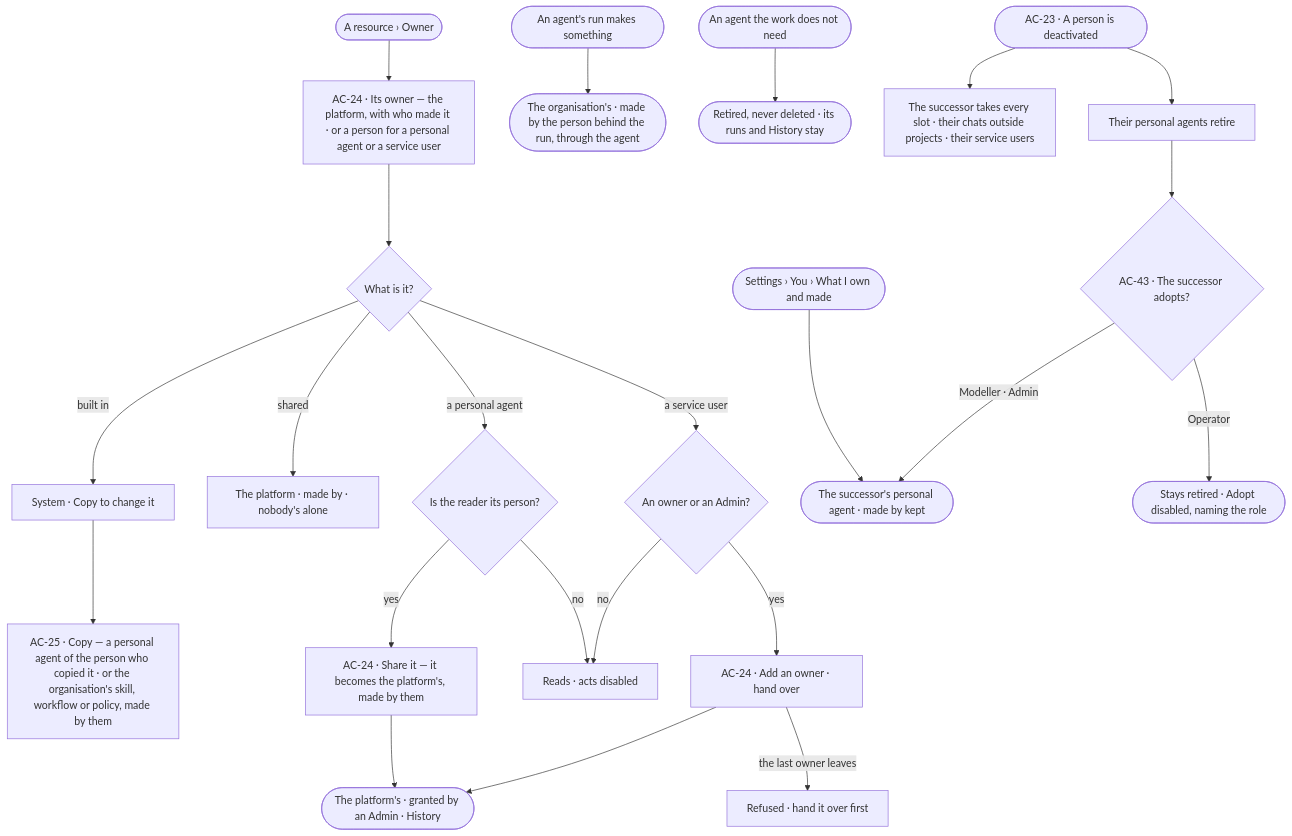
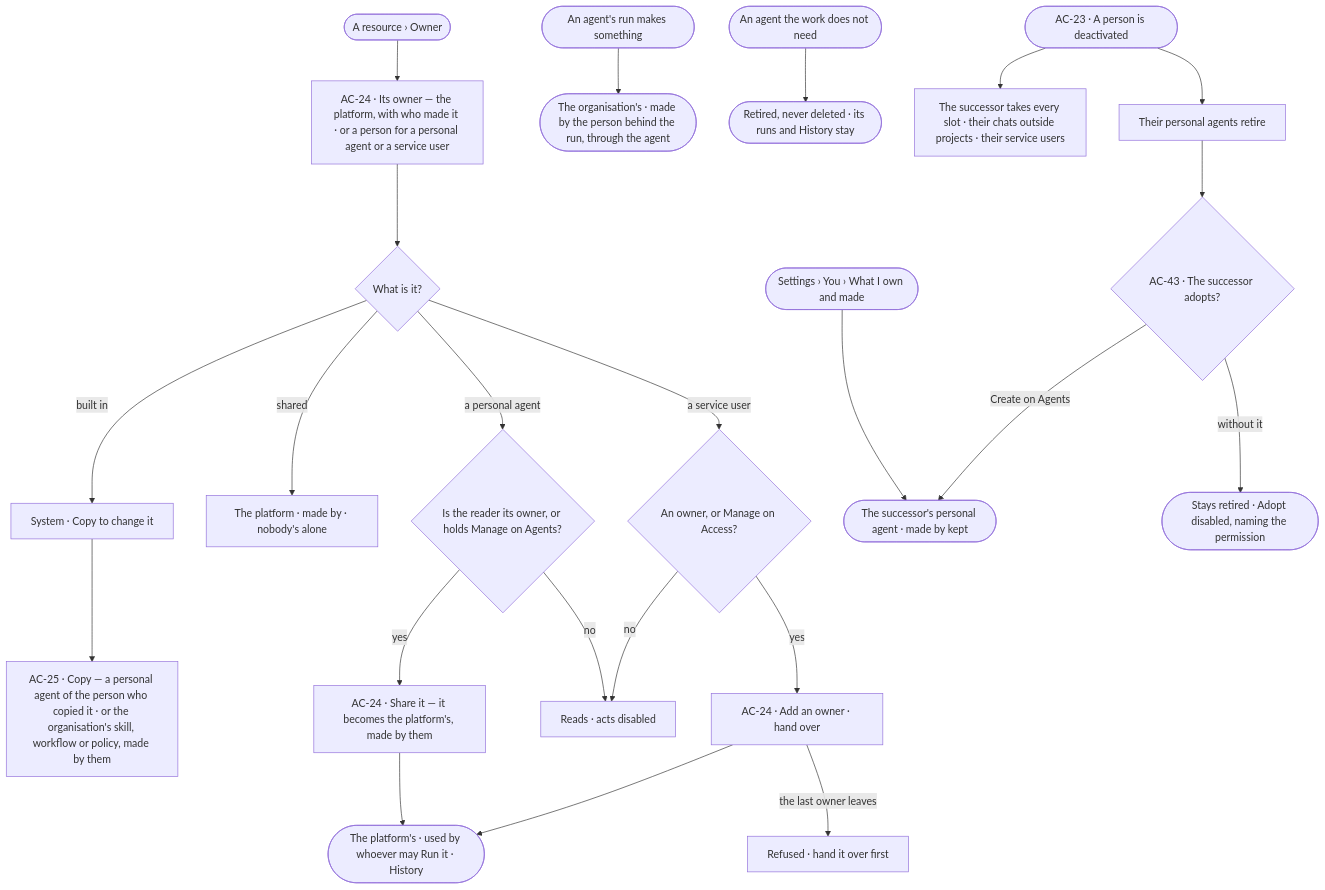
One commit to invana/invana changed the diagram in specs/os/access/features/AC-F07-ownership/feature.md. Above: the diagram before and after it, drawn with Mermaid. The commit also changed other lines of this file and 106 other files, not shown here.

First line of the commit message:
docs(specs): access policies replace roles; Agents mode; project access

````diff
--- a/specs/os/access/features/AC-F07-ownership/feature.md
+++ b/specs/os/access/features/AC-F07-ownership/feature.md
@@ -28,25 +28,25 @@
 ```mermaid
 flowchart TD
   start([A resource › Owner]) --> list["AC-24 · Its owner — the platform, with who made it · or a person for a personal agent or a service user"]
   list --> kind{"What is it?"}
   kind -->|built in| bi["System · Copy to change it"]
   bi --> copy["AC-25 · Copy — a personal agent of the person who copied it · or the organisation's skill, workflow or policy, made by them"]
   kind -->|shared| sh["The platform · made by · nobody's alone"]
-  kind -->|a personal agent| pa{"Is the reader its person?"}
+  kind -->|a personal agent| pa{"Is the reader its owner, or holds Manage on Agents?"}
   pa -->|yes| share["AC-24 · Share it — it becomes the platform's, made by them"]
   pa -->|no| ro["Reads · acts disabled"]
-  kind -->|a service user| su{"An owner or an Admin?"}
+  kind -->|a service user| su{"An owner, or Manage on Access?"}
   su -->|yes| ho["AC-24 · Add an owner · hand over"]
   su -->|no| ro
   ho -->|the last owner leaves| last["Refused · hand it over first"]
-  share --> ok(["The platform's · granted by an Admin · History"])
+  share --> ok(["The platform's · used by whoever may Run it · History"])
   ho --> ok
   me([Settings › You › What I own and made]) --> mine["AC-24 · My personal agents · service users I own · what I made · the slots I sit in"]
   run([An agent's run makes something]) --> org(["The organisation's · made by the person behind the run, through the agent"])
   agent([An agent the work does not need]) --> ret(["Retired, never deleted · its runs and History stay"])
   leave([AC-23 · A person is deactivated]) --> succ["The successor takes every slot · their chats outside projects · their service users"]
   leave --> pr["Their personal agents retire"]
   pr --> adopt{"AC-43 · The successor adopts?"}
-  adopt -->|Modeller · Admin| mine(["The successor's personal agent · made by kept"])
-  adopt -->|Operator| stay(["Stays retired · Adopt disabled, naming the role"])
+  adopt -->|Create on Agents| mine(["The successor's personal agent · made by kept"])
+  adopt -->|without it| stay(["Stays retired · Adopt disabled, naming the permission"])
 ```
````
